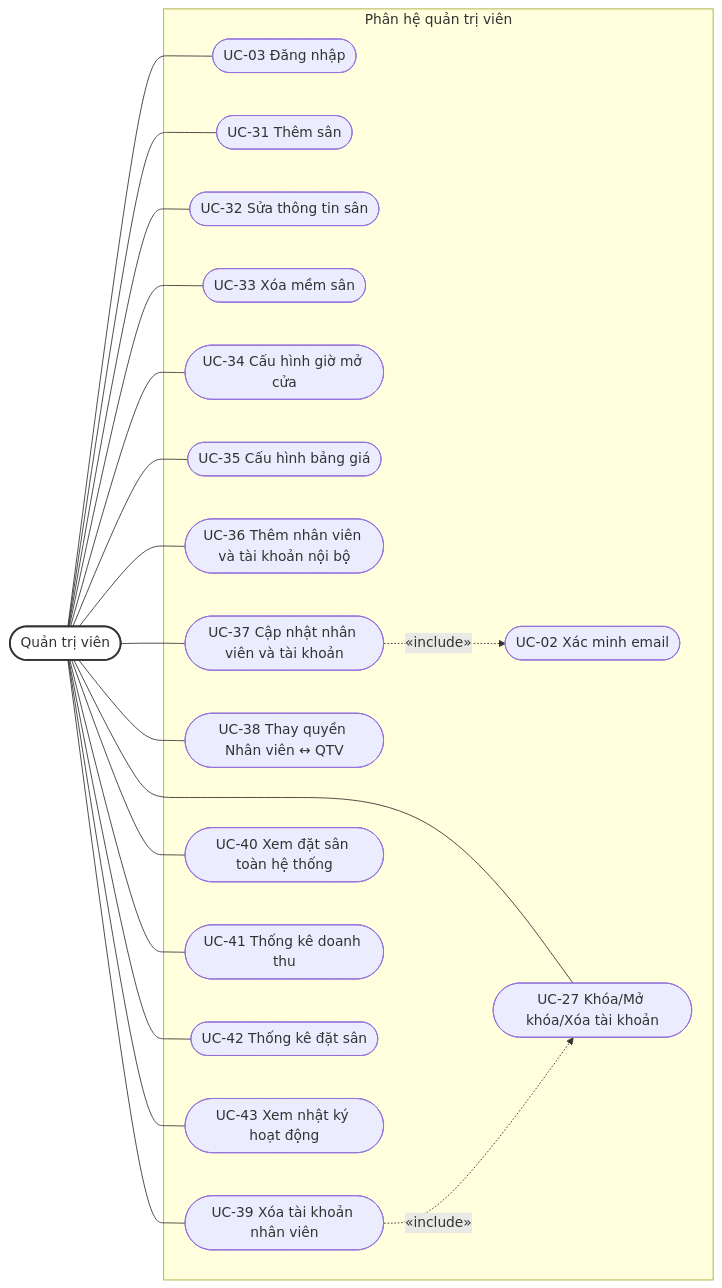
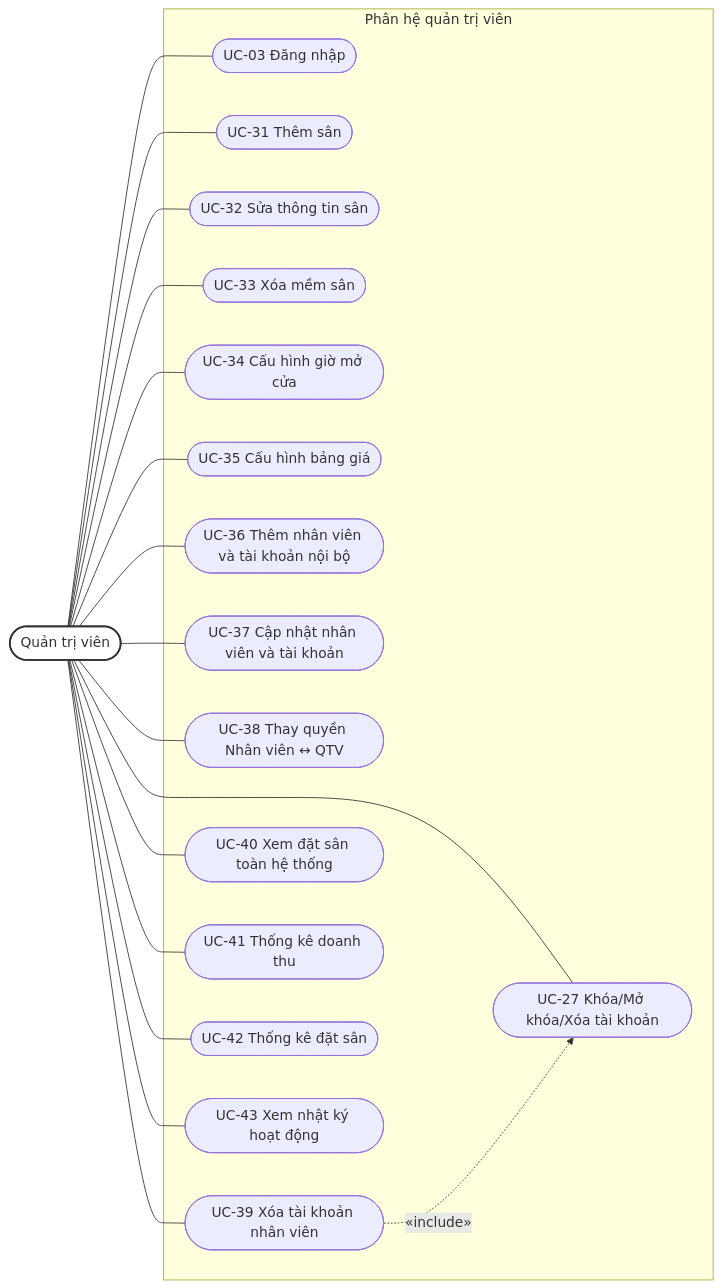
The third of 3 diagrams in docs/product/UseCase.md (BOI0808/ShuttleVNBackend), drawn with Mermaid before and after one commit. The commit also changed other lines of this file and 2 other files, not shown here.

````diff
--- a/docs/product/UseCase.md
+++ b/docs/product/UseCase.md
@@ -119,30 +120,28 @@
 ```mermaid
 flowchart LR
     QTV(["Quản trị viên"]):::actor
 
     subgraph SYS3["Phân hệ quản trị viên"]
-        UC02(["UC-02 Xác minh email"])
         UC03(["UC-03 Đăng nhập"])
         UC27(["UC-27 Khóa/Mở khóa/Xóa tài khoản"])
         UC31(["UC-31 Thêm sân"])
         UC32(["UC-32 Sửa thông tin sân"])
         UC33(["UC-33 Xóa mềm sân"])
         UC34(["UC-34 Cấu hình giờ mở cửa"])
         UC35(["UC-35 Cấu hình bảng giá"])
         UC36(["UC-36 Thêm nhân viên và tài khoản nội bộ"])
         UC37(["UC-37 Cập nhật nhân viên và tài khoản"])
         UC38(["UC-38 Thay quyền Nhân viên ↔ QTV"])
         UC39(["UC-39 Xóa tài khoản nhân viên"])
         UC40(["UC-40 Xem đặt sân toàn hệ thống"])
         UC41(["UC-41 Thống kê doanh thu"])
         UC42(["UC-42 Thống kê đặt sân"])
         UC43(["UC-43 Xem nhật ký hoạt động"])
     end
 
     QTV --- UC03 & UC27 & UC31 & UC32 & UC33 & UC34 & UC35 & UC36 & UC37 & UC38 & UC39 & UC40 & UC41 & UC42 & UC43
 
-    UC37 -.->|"«include»"| UC02
     UC39 -.->|"«include»"| UC27
 
     classDef actor fill:#ffffff,stroke:#333333,stroke-width:2px
 ```
````
